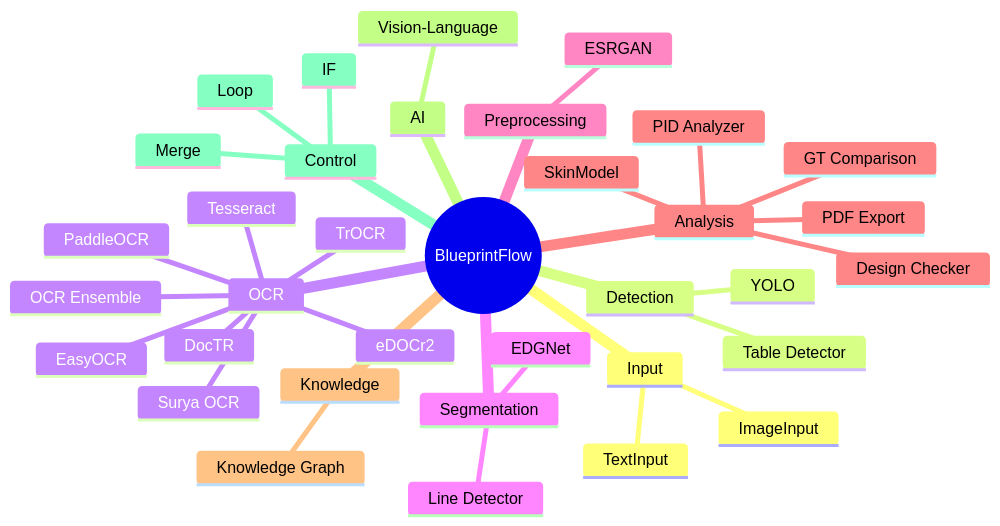
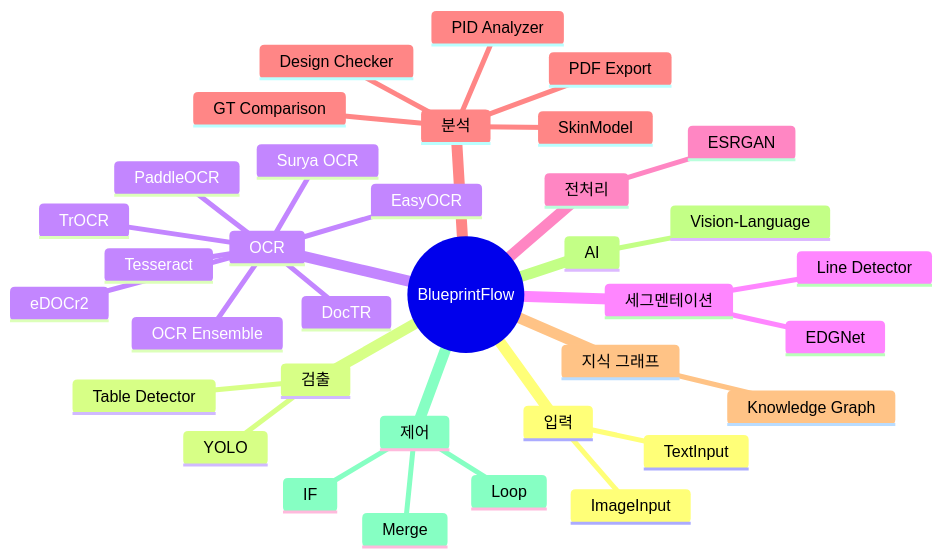
One commit to uprootai/AX_OCR changed the first of 2 diagrams in docs-site/docs/blueprintflow/index.md. Above: the diagram before and after it, drawn with Mermaid. The commit also changed other lines of this file and 64 other files, not shown here.

````diff
--- a/docs-site/docs/blueprintflow/index.md
+++ b/docs-site/docs/blueprintflow/index.md
@@ -21,38 +21,38 @@
 ```mermaid
 mindmap
   root((BlueprintFlow))
-    Input
+    입력
       ImageInput
       TextInput
-    Detection
+    검출
       YOLO
       Table Detector
     OCR
       eDOCr2
       PaddleOCR
       Tesseract
       TrOCR
       OCR Ensemble
       Surya OCR
       DocTR
       EasyOCR
-    Segmentation
+    세그멘테이션
       EDGNet
       Line Detector
-    Preprocessing
+    전처리
       ESRGAN
-    Analysis
+    분석
       SkinModel
       PID Analyzer
       Design Checker
       GT Comparison
       PDF Export
-    Knowledge
+    지식 그래프
       Knowledge Graph
     AI
       Vision-Language
-    Control
+    제어
       IF
       Loop
       Merge
 ```
````
